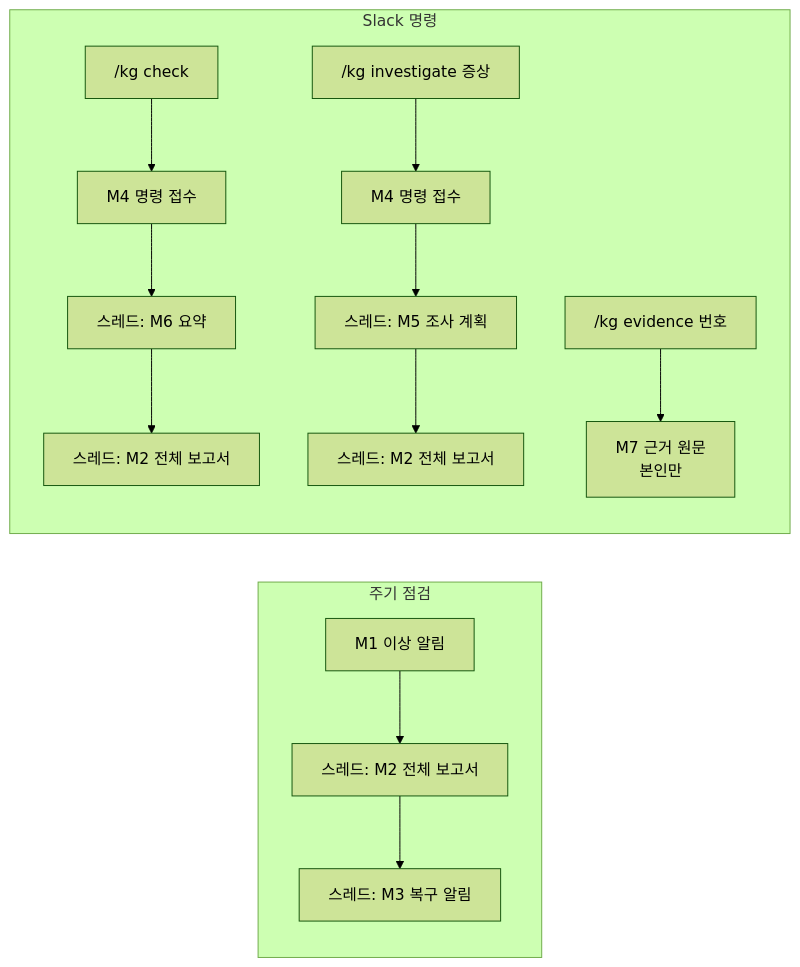
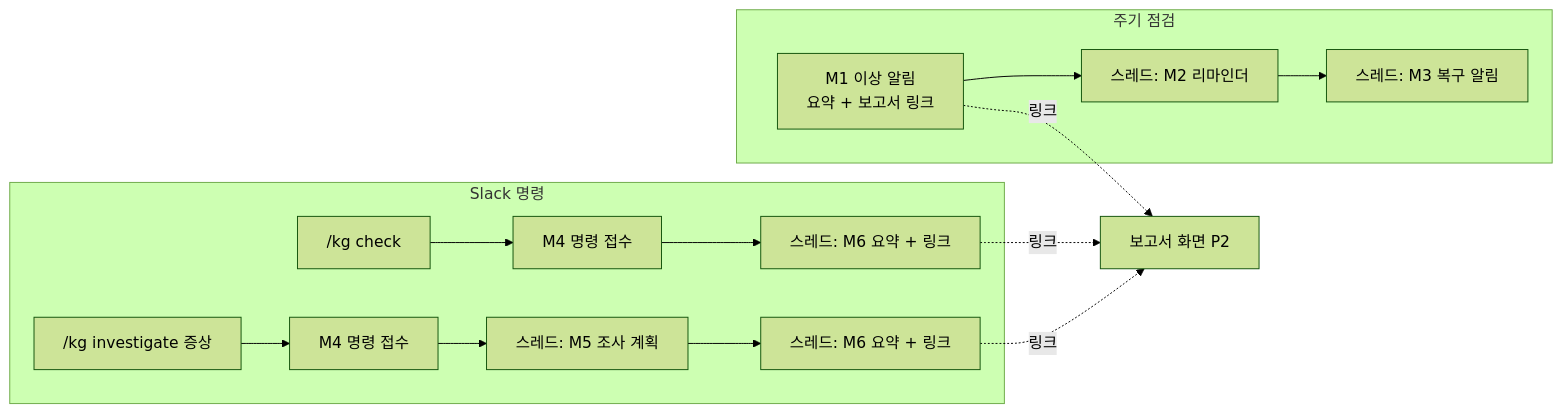
Before and after one commit to skax-jihyeryu/KubeGuardian: the diagram in docs/04-ui-spec.md, drawn with Mermaid (forest theme). The commit also changed other lines of this file and 6 other files, not shown here.

````diff
--- a/docs/04-ui-spec.md
+++ b/docs/04-ui-spec.md
@@ -49,12 +54,14 @@
 ```mermaid
 flowchart LR
     subgraph 주기 점검
-        A[M1 이상 알림] --> A2[스레드: M2 전체 보고서]
-        A2 --> A3[스레드: M3 복구 알림]
+        A[M1 이상 알림<br/>요약 + 보고서 링크] --> A1[스레드: M2 리마인더]
+        A1 --> A3[스레드: M3 복구 알림]
     end
     subgraph Slack 명령
-        C1["/kg check"] --> B[M4 명령 접수] --> B2[스레드: M6 요약] --> B3[스레드: M2 전체 보고서]
-        C2["/kg investigate 증상"] --> D[M4 명령 접수] --> D2[스레드: M5 조사 계획] --> D3[스레드: M2 전체 보고서]
-        C3["/kg evidence 번호"] --> E[M7 근거 원문<br/>본인만]
+        C1["/kg check"] --> B[M4 명령 접수] --> B2[스레드: M6 요약 + 링크]
+        C2["/kg investigate 증상"] --> D[M4 명령 접수] --> D2[스레드: M5 조사 계획] --> D3[스레드: M6 요약 + 링크]
     end
+    A -. 링크 .-> R[보고서 화면 P2]
+    B2 -. 링크 .-> R
+    D3 -. 링크 .-> R
 ```
````
